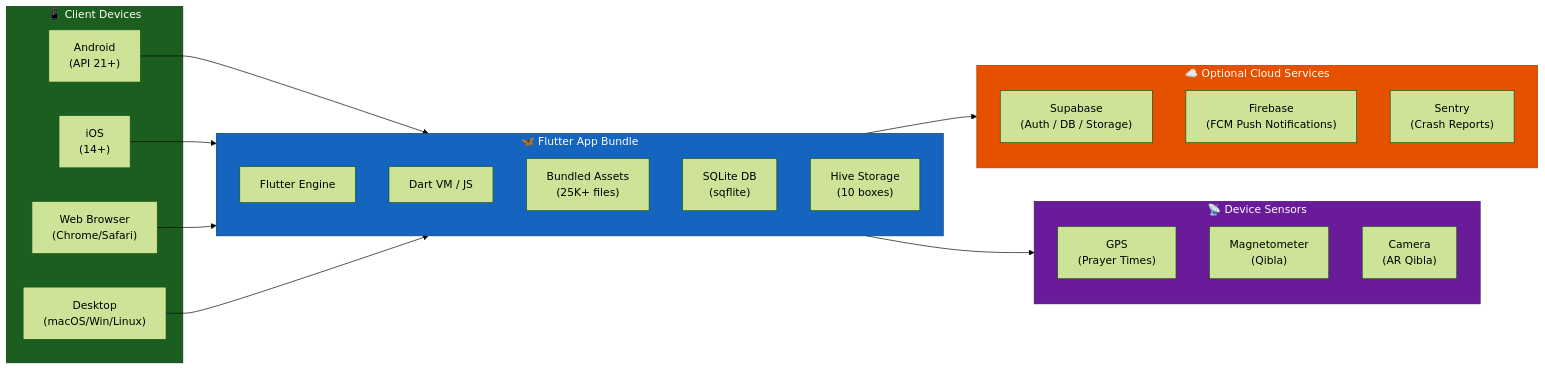
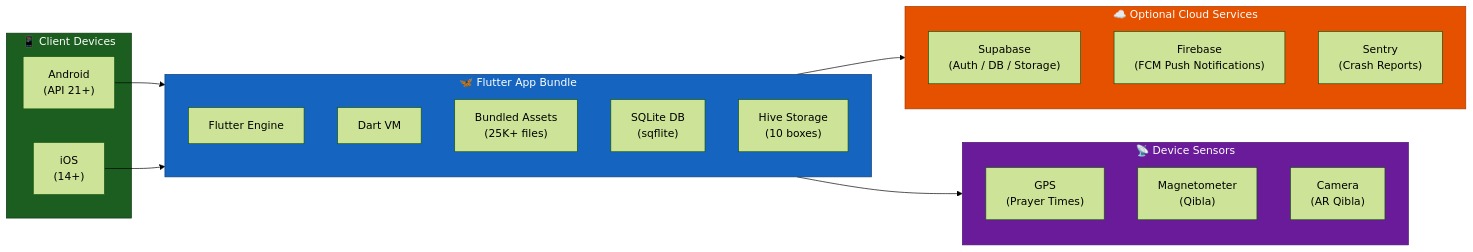
The sixth of 6 diagrams in README.md (0DukePan/noor-app), drawn with Mermaid (forest theme) before and after one commit. The commit also changed other lines of this file and 3 other files, not shown here.

````diff
--- a/README.md
+++ b/README.md
@@ -498,38 +498,36 @@
 ```mermaid
 graph LR
     subgraph ClientDevices["📱 Client Devices"]
         Android["Android\n(API 21+)"]
         iOS["iOS\n(14+)"]
-        Web["Web Browser\n(Chrome/Safari)"]
-        Desktop["Desktop\n(macOS/Win/Linux)"]
     end
 
     subgraph FlutterApp["🦋 Flutter App Bundle"]
         Engine["Flutter Engine"]
-        DartVM["Dart VM / JS"]
+        DartVM["Dart VM"]
         Assets["Bundled Assets\n(25K+ files)"]
         SQLiteDB["SQLite DB\n(sqflite)"]
         HiveDB["Hive Storage\n(10 boxes)"]
     end
 
     subgraph OptionalCloud["☁️ Optional Cloud Services"]
         Supabase["Supabase\n(Auth / DB / Storage)"]
         Firebase["Firebase\n(FCM Push Notifications)"]
         Sentry["Sentry\n(Crash Reports)"]
     end
 
     subgraph DeviceSensors["📡 Device Sensors"]
         GPS["GPS\n(Prayer Times)"]
         Compass["Magnetometer\n(Qibla)"]
         Camera["Camera\n(AR Qibla)"]
     end
 
-    Android & iOS & Web & Desktop --> FlutterApp
+    Android & iOS --> FlutterApp
     FlutterApp --> OptionalCloud
     FlutterApp --> DeviceSensors
 
     style ClientDevices fill:#1b5e20,stroke:#0d3310,color:#fff
     style FlutterApp fill:#1565c0,stroke:#0d3d78,color:#fff
     style OptionalCloud fill:#e65100,stroke:#a63a00,color:#fff
     style DeviceSensors fill:#6a1b9a,stroke:#4a1270,color:#fff
 ```
````
